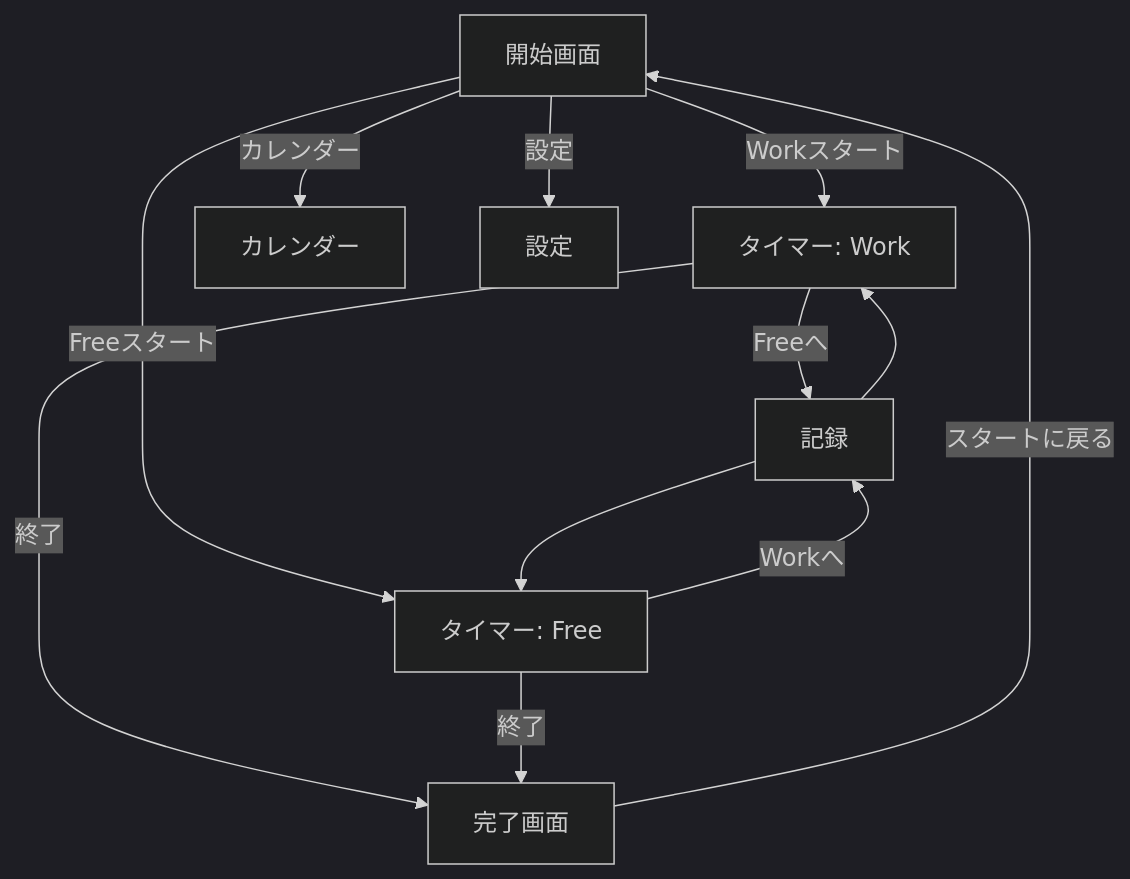
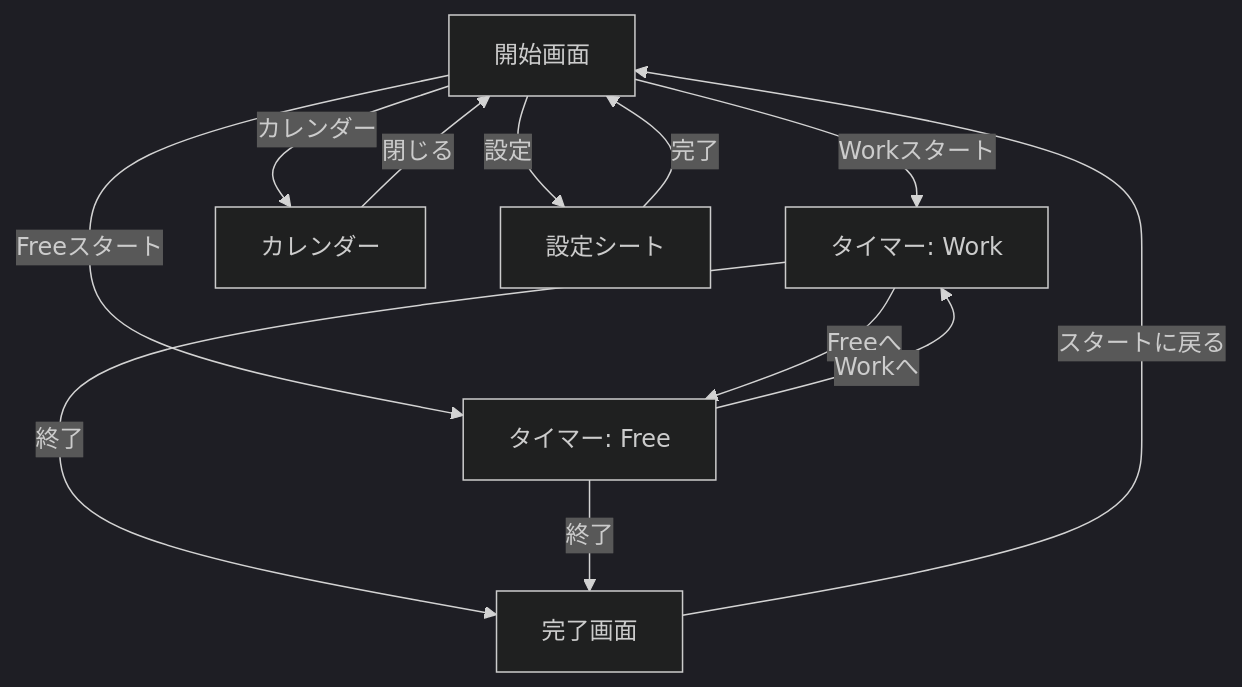
Before and after one commit to bramble-brux/fe_modoki: the first of 2 diagrams in TRANSITIONS.md, drawn with Mermaid (dark theme). The commit also changed other lines of this file and 5 other files, not shown here.

````diff
--- a/TRANSITIONS.md
+++ b/TRANSITIONS.md
@@ -5,15 +5,17 @@
 ```mermaid
 graph TD
     Start[開始画面] -->|Workスタート| TimerW[タイマー: Work]
     Start -->|Freeスタート| TimerF[タイマー: Free]
     Start -->|カレンダー| Calendar[カレンダー]
-    Start -->|設定| Settings[設定]
+    Start -->|設定| Settings[設定シート]
 
-    TimerW -->|Freeへ| Record[記録] --> TimerF
-    TimerF -->|Workへ| Record --> TimerW
+    TimerW -->|Freeへ| TimerF
+    TimerF -->|Workへ| TimerW
     
     TimerW -->|終了| Result[完了画面]
     TimerF -->|終了| Result
     
+    Calendar -->|閉じる| Start
+    Settings -->|完了| Start
     Result -->|スタートに戻る| Start
 ```
````
